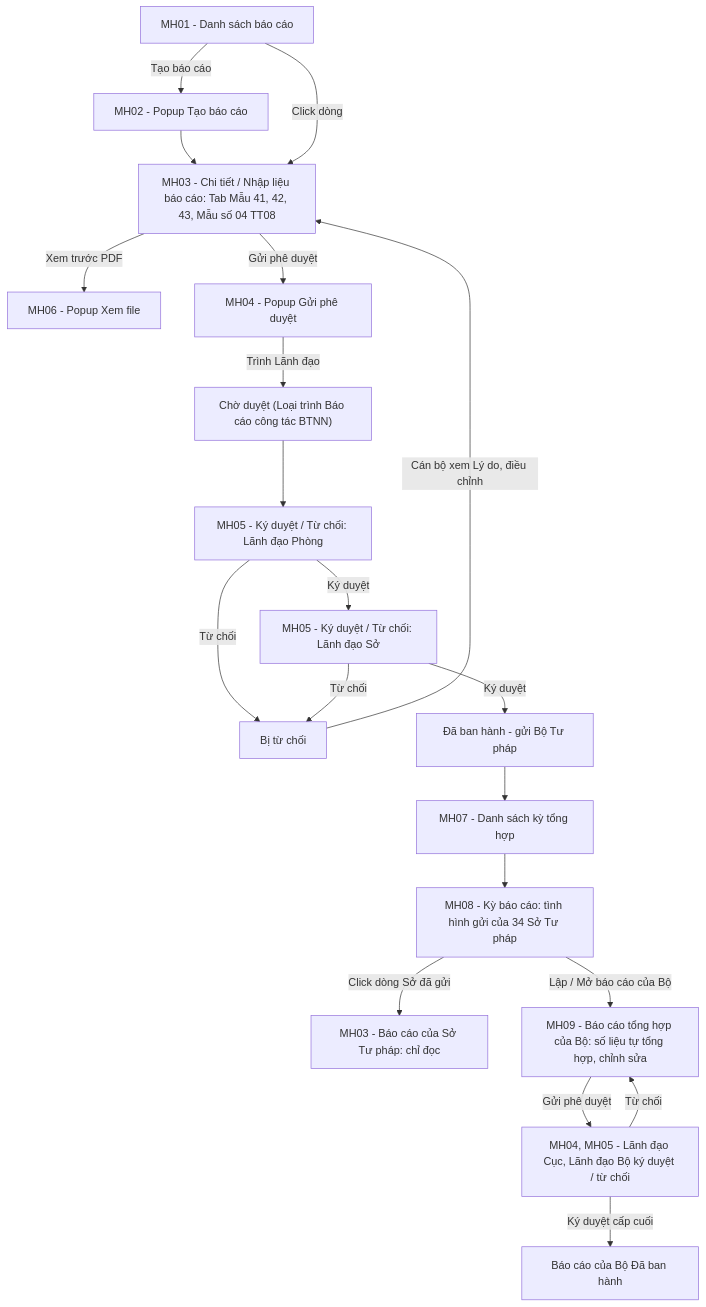
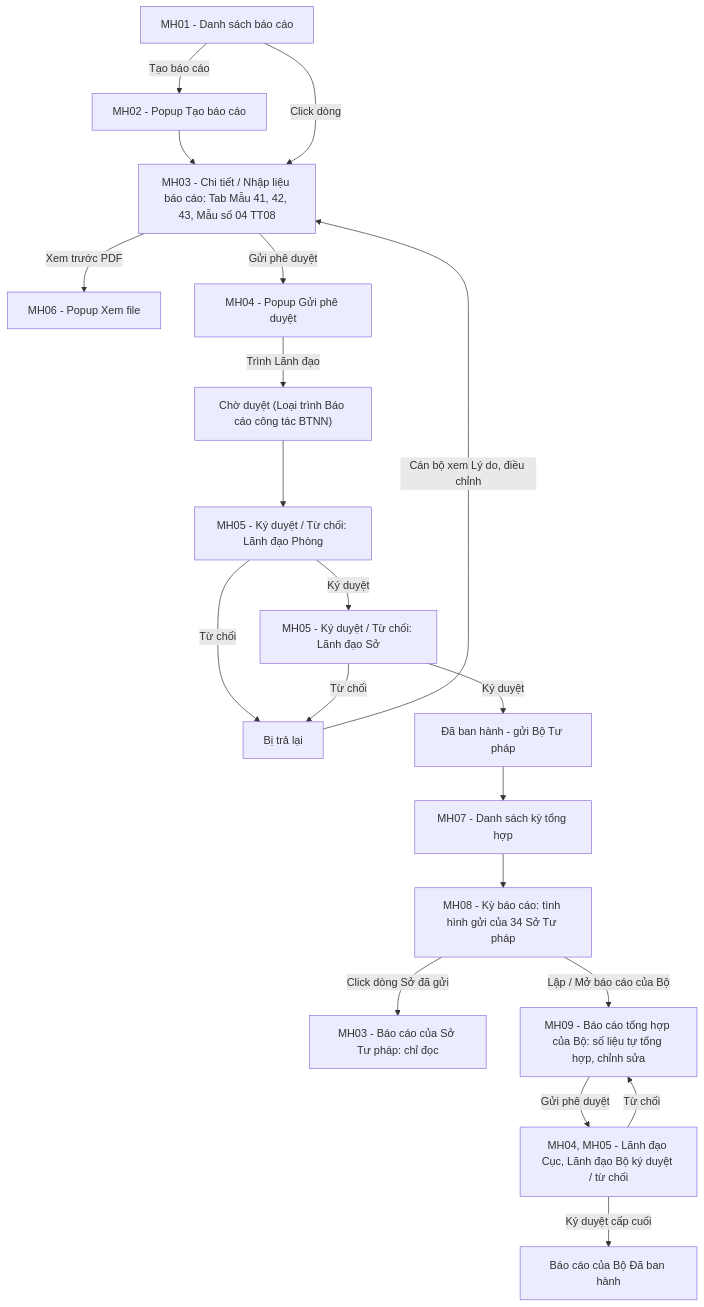
One commit to huyendt2007/BPBD_UI changed the diagram in Tai_lieu_SRS/03_Website_Quan_tri/03_Cong_tac_boi_thuong/SRS_BTNN_BaoCao_CongTacBTNN.md. Above: the diagram before and after it, drawn with Mermaid. The commit also changed other lines of this file and 155 other files, not shown here.

First line of the commit message:
feat(btnn): Kết xuất Excel 16 module, Tài liệu đính kèm, Bị trả lại, E-Form DVC

````diff
--- a/Tai_lieu_SRS/03_Website_Quan_tri/03_Cong_tac_boi_thuong/SRS_BTNN_BaoCao_CongTacBTNN.md
+++ b/Tai_lieu_SRS/03_Website_Quan_tri/03_Cong_tac_boi_thuong/SRS_BTNN_BaoCao_CongTacBTNN.md
@@ -30,22 +30,22 @@
 ```mermaid
 flowchart TD
     A[MH01 - Danh sách báo cáo] -->|Tạo báo cáo| B[MH02 - Popup Tạo báo cáo]
     B --> C[MH03 - Chi tiết / Nhập liệu báo cáo: Tab Mẫu 41, 42, 43, Mẫu số 04 TT08]
     A -->|Click dòng| C
     C -->|Xem trước PDF| D[MH06 - Popup Xem file]
     C -->|Gửi phê duyệt| E[MH04 - Popup Gửi phê duyệt]
     E -->|Trình Lãnh đạo| F["Chờ duyệt (Loại trình Báo cáo công tác BTNN)"]
     F --> G[MH05 - Ký duyệt / Từ chối: Lãnh đạo Phòng]
     G -->|Ký duyệt| H[MH05 - Ký duyệt / Từ chối: Lãnh đạo Sở]
-    G -->|Từ chối| I[Bị từ chối]
+    G -->|Từ chối| I[Bị trả lại]
     H -->|Từ chối| I
     I -->|Cán bộ xem Lý do, điều chỉnh| C
     H -->|Ký duyệt| J["Đã ban hành - gửi Bộ Tư pháp"]
     J --> K[MH07 - Danh sách kỳ tổng hợp]
     K --> L[MH08 - Kỳ báo cáo: tình hình gửi của 34 Sở Tư pháp]
     L -->|Click dòng Sở đã gửi| M[MH03 - Báo cáo của Sở Tư pháp: chỉ đọc]
     L -->|Lập / Mở báo cáo của Bộ| N[MH09 - Báo cáo tổng hợp của Bộ: số liệu tự tổng hợp, chỉnh sửa]
     N -->|Gửi phê duyệt| O[MH04, MH05 - Lãnh đạo Cục, Lãnh đạo Bộ ký duyệt / từ chối]
     O -->|Từ chối| N
     O -->|Ký duyệt cấp cuối| P[Báo cáo của Bộ Đã ban hành]
 ```
````
